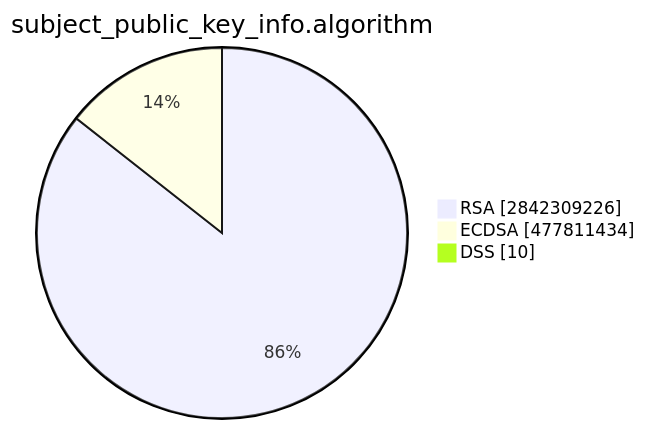
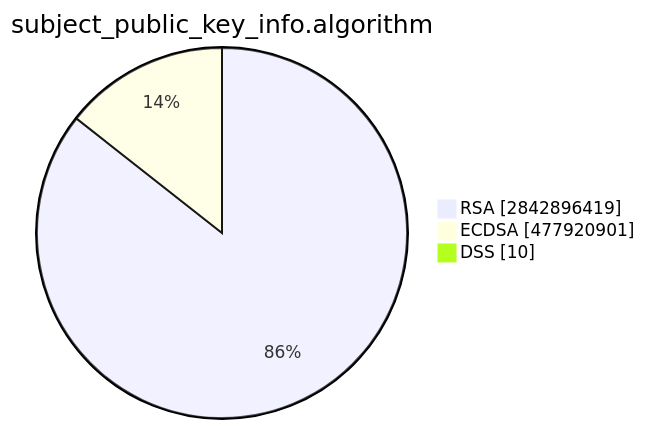
The second of 15 diagrams in TOTAL/README.md (christiankrug/ctmonitor_visualization), drawn with Mermaid before and after one commit. The commit also changed other lines of this file, not shown here.

````diff
--- a/TOTAL/README.md
+++ b/TOTAL/README.md
@@ -6,7 +6,7 @@
 ```mermaid
 pie showData
 title subject_public_key_info.algorithm
-"RSA" :2842309226
-"ECDSA" :477811434
+"RSA" :2842896419
+"ECDSA" :477920901
 "DSS" :10
 ```
````
